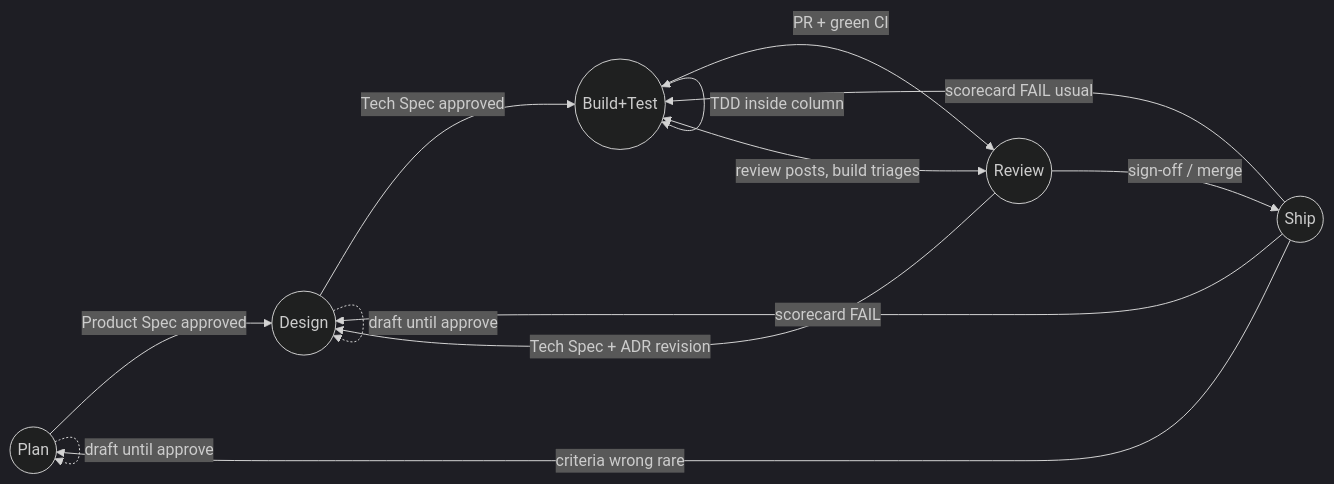
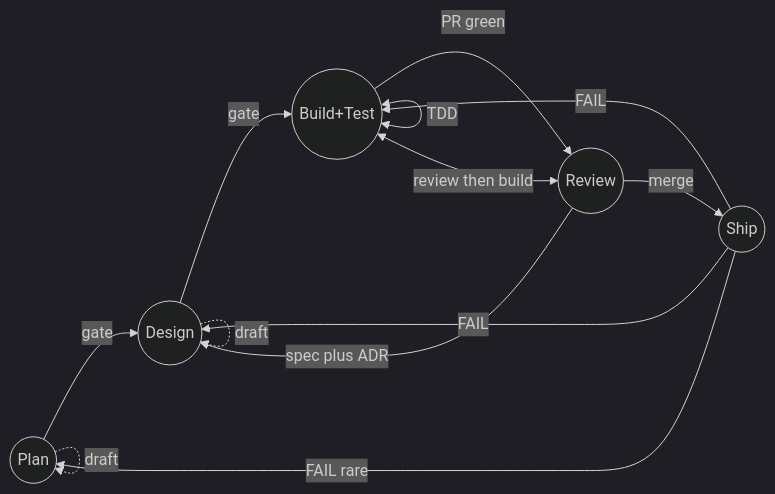
Before and after one commit to queen-of-code/AI-DLC: the diagram in docs/GETTING-ORIENTED.md, drawn with Mermaid (dark theme). The commit also changed other lines of this file and 1 other file, not shown here.

````diff
--- a/docs/GETTING-ORIENTED.md
+++ b/docs/GETTING-ORIENTED.md
@@ -131,23 +72,22 @@
 ```mermaid
 flowchart LR
   Plan((Plan))
   Design((Design))
   Build((Build+Test))
   Review((Review))
   Ship((Ship))
 
-  Plan -->|Product Spec approved| Design
-  Design -->|Tech Spec approved| Build
-  Build -->|PR + green CI| Review
-  Review -->|sign-off / merge| Ship
+  Plan -->|gate| Design
+  Design -->|gate| Build
+  Build -->|PR green| Review
+  Review -->|merge| Ship
 
-  Plan -.->|draft until approve| Plan
-  Design -.->|draft until approve| Design
-  Build <-->|TDD inside column| Build
-
-  Review <-->|review posts, build triages| Build
-  Review -->|Tech Spec + ADR revision| Design
-  Ship -->|scorecard FAIL usual| Build
-  Ship -->|scorecard FAIL| Design
-  Ship -->|criteria wrong rare| Plan
+  Plan -.->|draft| Plan
+  Design -.->|draft| Design
+  Build <-->|TDD| Build
+  Review <-->|review then build| Build
+  Review -->|spec plus ADR| Design
+  Ship -->|FAIL| Build
+  Ship -->|FAIL| Design
+  Ship -->|FAIL rare| Plan
 ```
````
